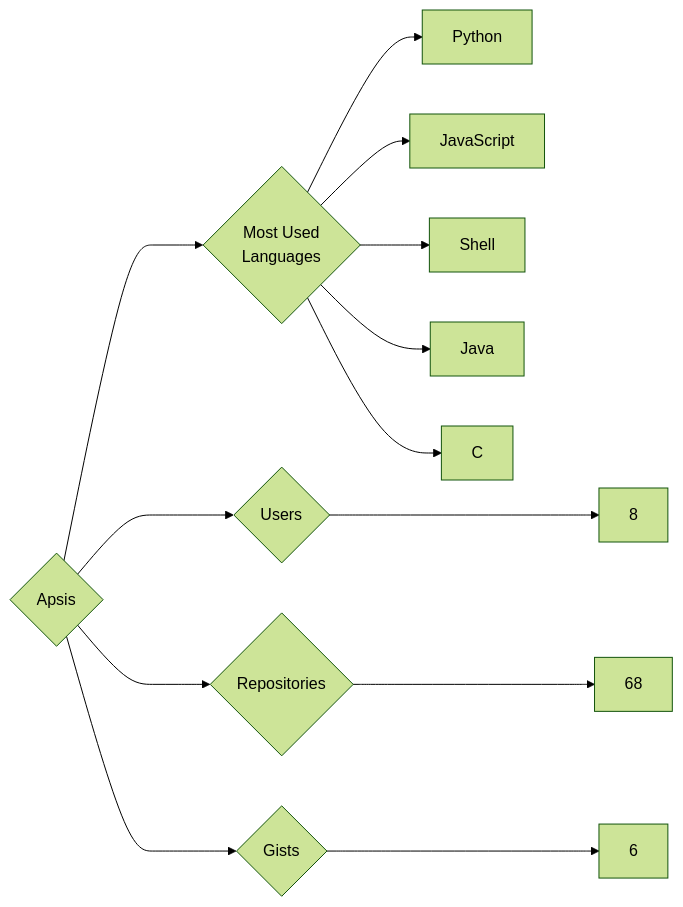
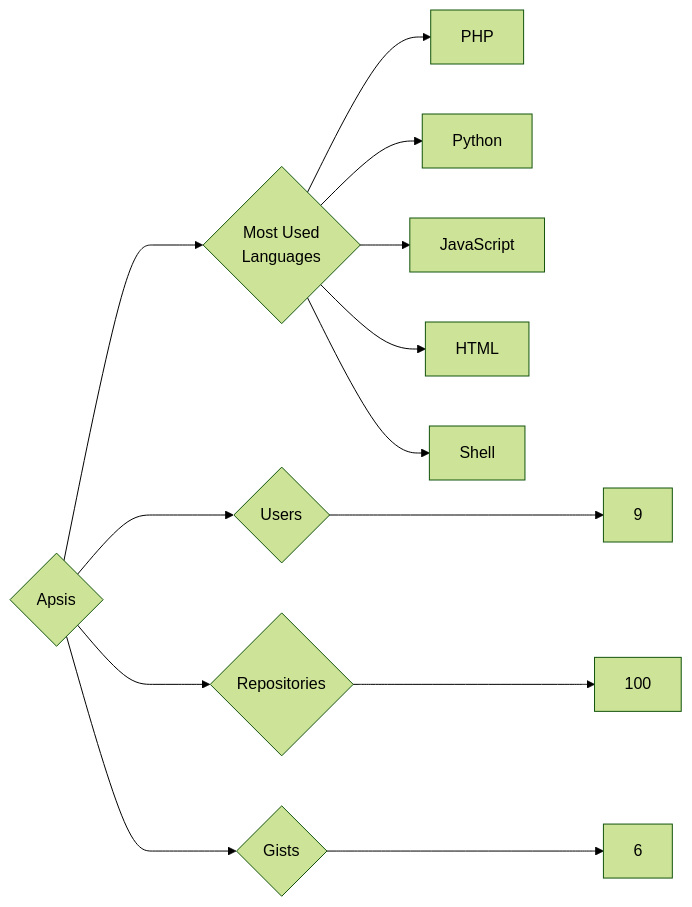
One commit to trickest/insiders changed the diagram in targets/Apsis/README.md. Above: the diagram before and after it, drawn with Mermaid (forest theme). The commit also changed 1030 other files, not shown here.

````diff
--- a/targets/Apsis/README.md
+++ b/targets/Apsis/README.md
@@ -3,13 +3,13 @@
 ```mermaid
 graph LR
 COMPANY_NAME{Apsis}
-COMPANY_NAME ---> U{Users} ---> UN[8]
-COMPANY_NAME ---> R{Repositories} ---> RN[68]
+COMPANY_NAME ---> U{Users} ---> UN[9]
+COMPANY_NAME ---> R{Repositories} ---> RN[100]
 COMPANY_NAME ---> G{Gists} ---> GN[6]
 COMPANY_NAME ---> ML{Most Used<br>Languages}
+ML --> PHP[PHP]
 ML --> Python[Python]
 ML --> JavaScript[JavaScript]
+ML --> HTML[HTML]
 ML --> Shell[Shell]
-ML --> Java[Java]
-ML --> C[C]
 ```
````
